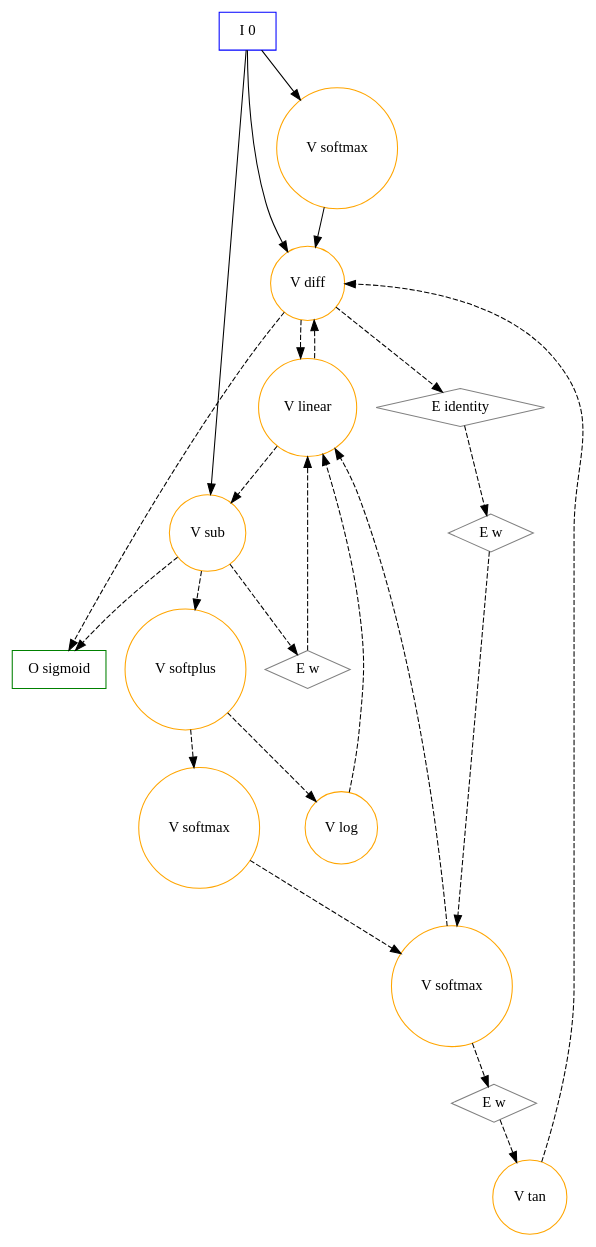
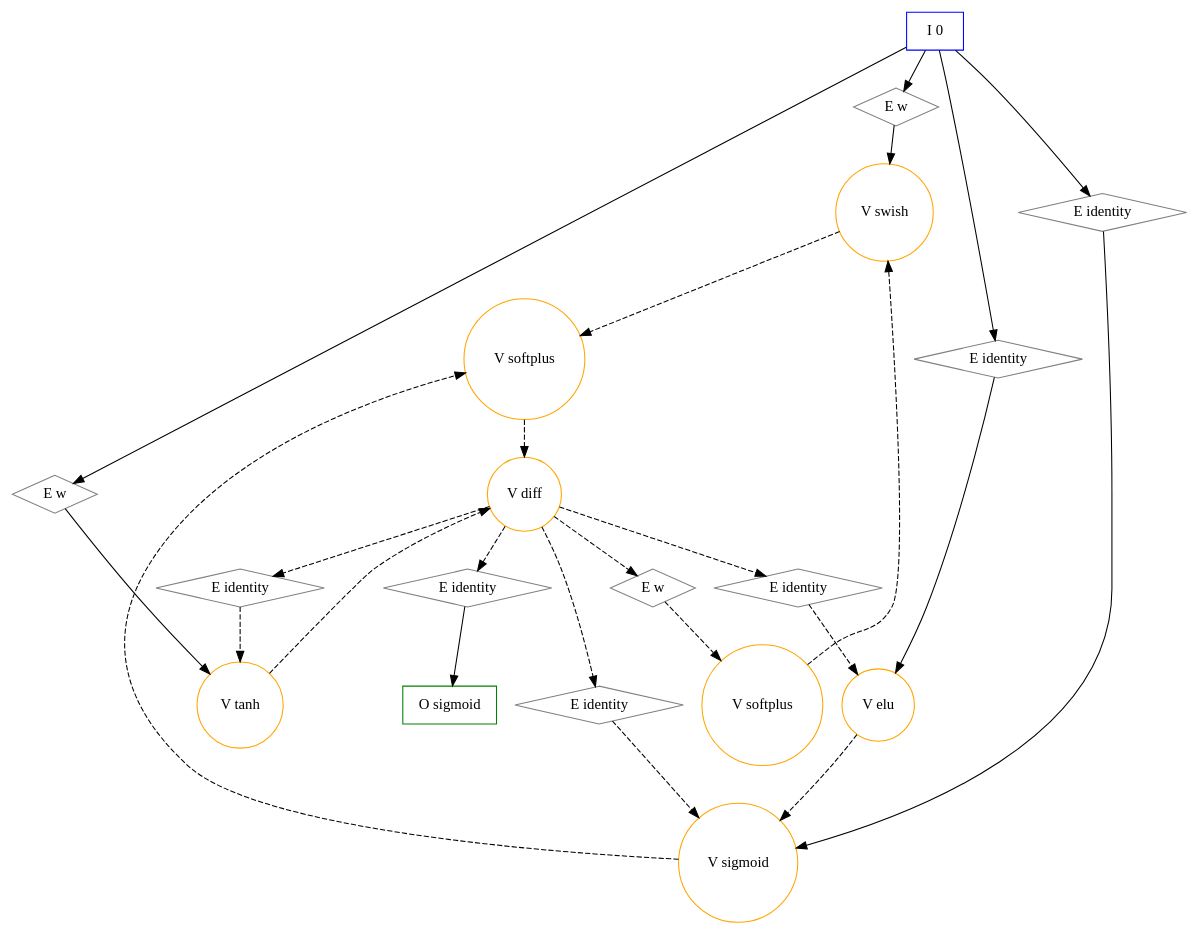
Before and after one commit to pkalivas/radiate: the diagram in examples/graphs/simple-memory-graph/graph.dot, drawn with Graphviz. The commit also changed 13 other files, not shown here.

```diff
--- a/examples/graphs/simple-memory-graph/graph.dot
+++ b/examples/graphs/simple-memory-graph/graph.dot
@@ -1,40 +1,44 @@
 digraph G {
 0 [label="I 0", shape=box, color=blue];
-1 [label="V diff", shape=circle, color=orange];
-2 [label="V linear", shape=circle, color=orange];
-3 [label="O sigmoid", shape=box, color=green];
-4 [label="V sub", shape=circle, color=orange];
-5 [label="E w", shape=diamond, color=gray];
+1 [label="E w", shape=diamond, color=gray];
+2 [label="E identity", shape=diamond, color=gray];
+3 [label="E w", shape=diamond, color=gray];
+4 [label="E identity", shape=diamond, color=gray];
+5 [label="V diff", shape=circle, color=orange];
 6 [label="E w", shape=diamond, color=gray];
-7 [label="V log", shape=circle, color=orange];
-8 [label="V softmax", shape=circle, color=orange];
-9 [label="V softplus", shape=circle, color=orange];
-10 [label="E w", shape=diamond, color=gray];
-11 [label="V softmax", shape=circle, color=orange];
-12 [label="V softmax", shape=circle, color=orange];
-13 [label="V tan", shape=circle, color=orange];
-14 [label="E identity", shape=diamond, color=gray];
+7 [label="E identity", shape=diamond, color=gray];
+8 [label="E identity", shape=diamond, color=gray];
+9 [label="E identity", shape=diamond, color=gray];
+10 [label="V swish", shape=circle, color=orange];
+11 [label="V elu", shape=circle, color=orange];
+12 [label="V tanh", shape=circle, color=orange];
+13 [label="V sigmoid", shape=circle, color=orange];
+14 [label="V softplus", shape=circle, color=orange];
+15 [label="E identity", shape=diamond, color=gray];
+16 [label="O sigmoid", shape=box, color=green];
+17 [label="V softplus", shape=circle, color=orange];
   0 -> 1 [style=solid];
-  2 -> 1 [style=dashed];
-  11 -> 1 [style=solid];
-  13 -> 1 [style=dashed];
-  1 -> 2 [style=dashed];
-  5 -> 2 [style=dashed];
-  7 -> 2 [style=dashed];
-  8 -> 2 [style=dashed];
-  1 -> 3 [style=dashed];
-  4 -> 3 [style=dashed];
+  0 -> 2 [style=solid];
+  0 -> 3 [style=solid];
   0 -> 4 [style=solid];
-  2 -> 4 [style=dashed];
-  4 -> 5 [style=dashed];
-  14 -> 6 [style=dashed];
-  9 -> 7 [style=dashed];
-  6 -> 8 [style=dashed];
-  12 -> 8 [style=dashed];
-  4 -> 9 [style=dashed];
-  8 -> 10 [style=dashed];
-  0 -> 11 [style=solid];
-  9 -> 12 [style=dashed];
-  10 -> 13 [style=dashed];
-  1 -> 14 [style=dashed];
+  12 -> 5 [style=dashed];
+  14 -> 5 [style=dashed];
+  5 -> 6 [style=dashed];
+  5 -> 7 [style=dashed];
+  5 -> 8 [style=dashed];
+  5 -> 9 [style=dashed];
+  1 -> 10 [style=solid];
+  17 -> 10 [style=dashed];
+  2 -> 11 [style=solid];
+  7 -> 11 [style=dashed];
+  3 -> 12 [style=solid];
+  8 -> 12 [style=dashed];
+  4 -> 13 [style=solid];
+  9 -> 13 [style=dashed];
+  11 -> 13 [style=dashed];
+  10 -> 14 [style=dashed];
+  13 -> 14 [style=dashed];
+  5 -> 15 [style=dashed];
+  15 -> 16 [style=solid];
+  6 -> 17 [style=dashed];
 }
```
